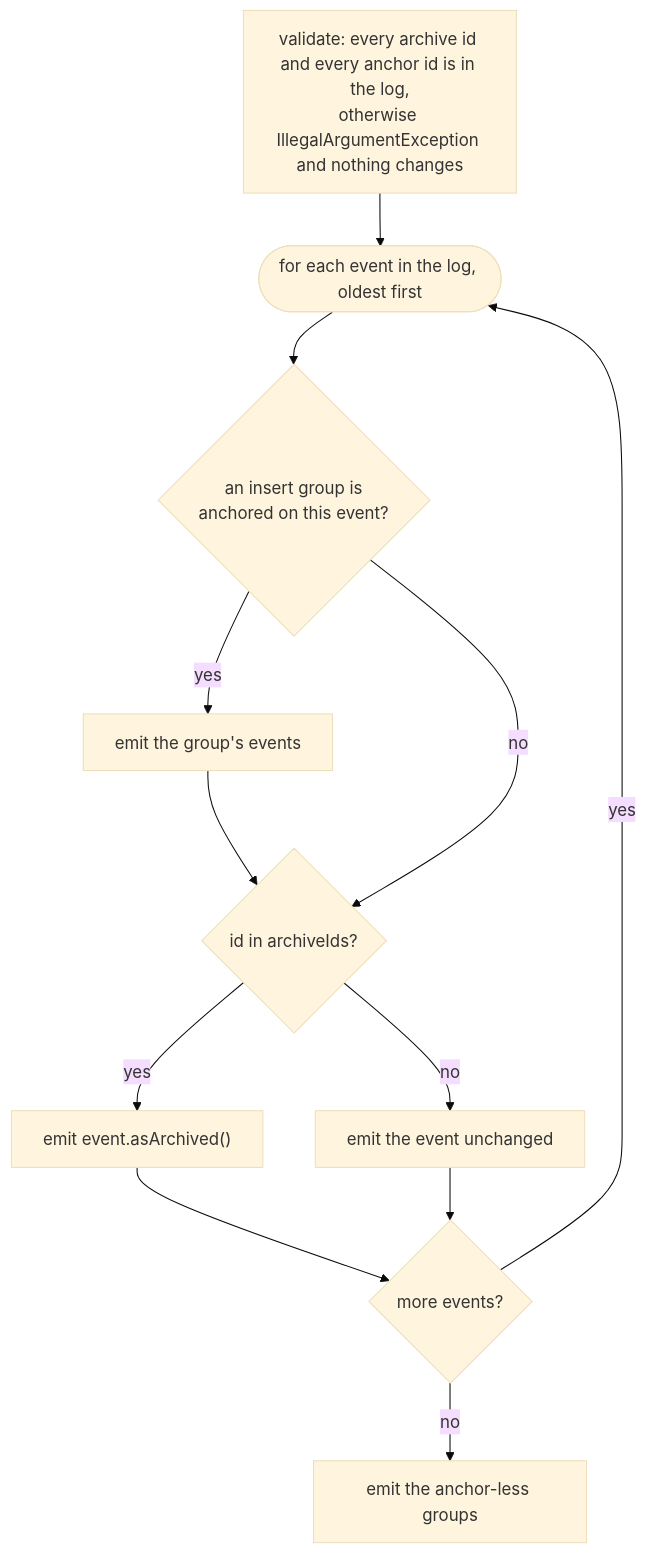
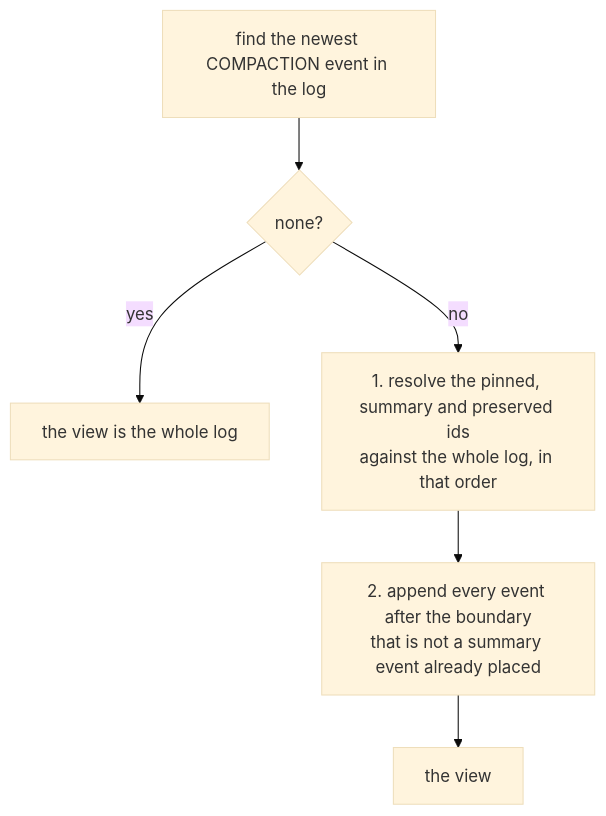
One commit to spring-ai-community/spring-ai-session changed the eighth of 9 diagrams in docs/session-management/compaction-internals.md. Above: the diagram before and after it, drawn with Mermaid (base theme). The commit also changed other lines of this file and 53 other files, not shown here.

First line of the commit message:
Record compaction as an appended boundary and project the active view

````diff
--- a/docs/session-management/compaction-internals.md
+++ b/docs/session-management/compaction-internals.md
@@ -432,12 +446,9 @@
 ```mermaid
 flowchart TD
-    v["validate: every archive id and every anchor id is in the log,<br/>otherwise IllegalArgumentException and nothing changes"]
-    v --> each([for each event in the log, oldest first])
-    each --> g{"an insert group is<br/>anchored on this event?"}
-    g -- yes --> emit["emit the group's events"] --> a
-    g -- no --> a{"id in archiveIds?"}
-    a -- yes --> flag["emit event.asArchived()"] --> more
-    a -- no --> keep["emit the event unchanged"] --> more
-    more{"more events?"} -- yes --> each
-    more -- no --> tail["emit the anchor-less groups"]
+    find["find the newest COMPACTION event in the log"]
+    find --> none{"none?"}
+    none -- yes --> whole["the view is the whole log"]
+    none -- no --> named["1. resolve the pinned, summary and preserved ids<br/>against the whole log, in that order"]
+    named --> after["2. append every event after the boundary<br/>that is not a summary event already placed"]
+    after --> view["the view"]
 ```
````
